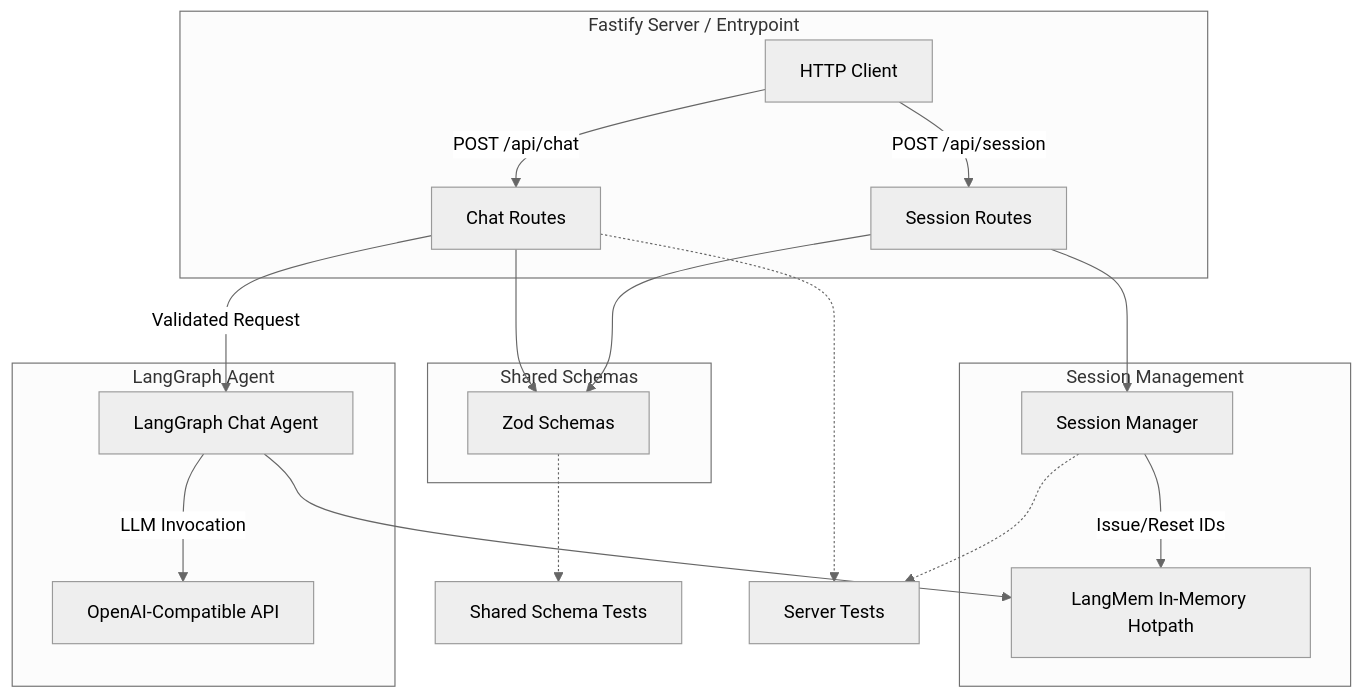
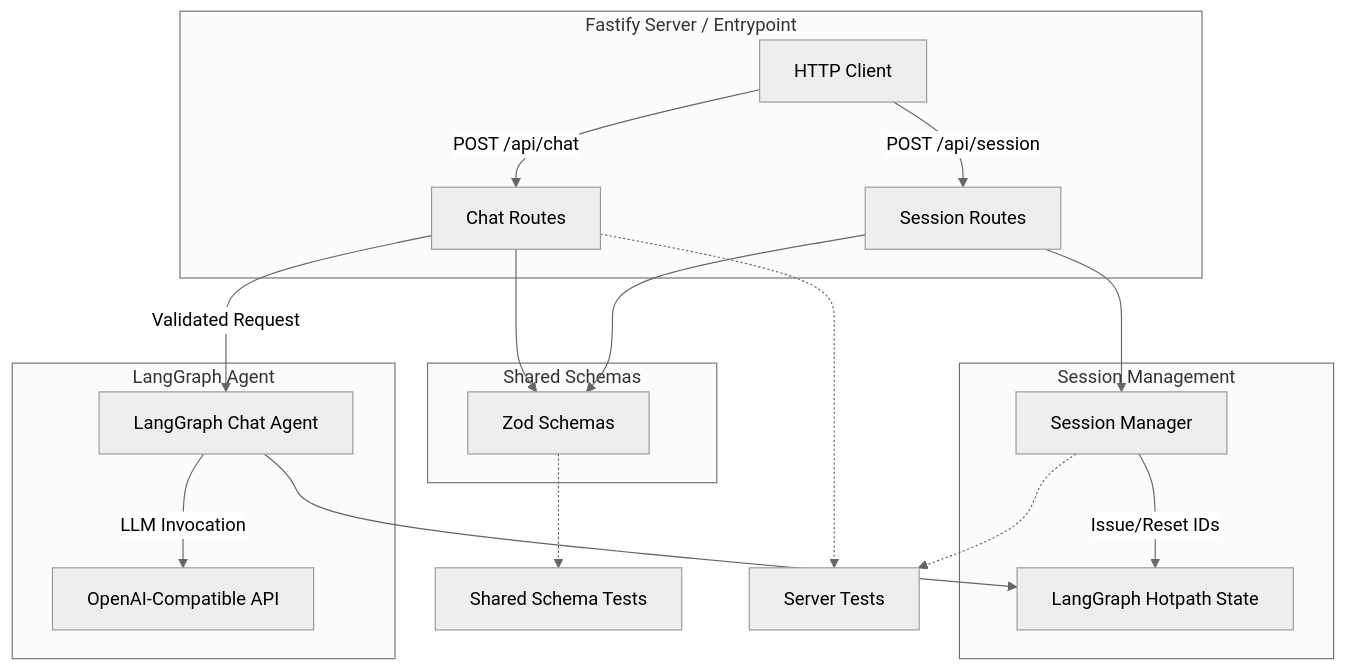
One commit to RonnyRoos/cerebrobot changed the diagram in docs/architecture/backend-architecture.md. Above: the diagram before and after it, drawn with Mermaid (neutral theme). The commit also changed 8 other files, not shown here.

````diff
--- a/docs/architecture/backend-architecture.md
+++ b/docs/architecture/backend-architecture.md
@@ -3,36 +3,36 @@
 ```mermaid
 graph TD
   subgraph FastifyServer[Fastify Server / Entrypoint]
     A[HTTP Client] -->|POST /api/session| SRoutes[Session Routes]
     A -->|POST /api/chat| CRoutes[Chat Routes]
   end
 
   subgraph SessionLayer[Session Management]
     SRoutes --> SM[Session Manager]
-    SM -->|Issue/Reset IDs| LangMemStore[LangMem In-Memory Hotpath]
+    SM -->|Issue/Reset IDs| LangGraphState[LangGraph Hotpath State]
   end
 
   subgraph AgentLayer[LangGraph Agent]
     CRoutes -->|Validated Request| AgentFactory[LangGraph Chat Agent]
-    AgentFactory --> LangMemStore
+    AgentFactory --> LangGraphState
     AgentFactory -->|LLM Invocation| OpenAICompat[OpenAI-Compatible API]
   end
 
   subgraph SharedSchemas[Shared Schemas]
     CRoutes --> Schemas[Zod Schemas]
     SRoutes --> Schemas
   end
 
   Schemas -.-> TestsShared[Shared Schema Tests]
   SM -.-> TestsServer[Server Tests]
   CRoutes -.-> TestsServer
 
   click SRoutes "../../apps/server/src/session/routes.ts" "Session Routes"
   click CRoutes "../../apps/server/src/chat/routes.ts" "Chat Routes"
   click SM "../../apps/server/src/session/session-manager.ts" "createSessionManager"
-  click LangMemStore "../../apps/server/src/agent/memory.ts" "InMemoryLangMem"
+  click LangGraphState "../../apps/server/src/agent/langgraph-agent.ts" "LangGraph hotpath state"
   click AgentFactory "../../apps/server/src/agent/langgraph-agent.ts" "createLangGraphChatAgent"
   click Schemas "../../packages/chat-shared/src" "Shared Zod Schemas"
   click TestsShared "../../packages/chat-shared/__tests__/chat-schema.test.ts" "Shared Schema Tests"
   click TestsServer "../../apps/server/src/session/__tests__/session.routes.test.ts" "Session Route Tests"
 ```
````
